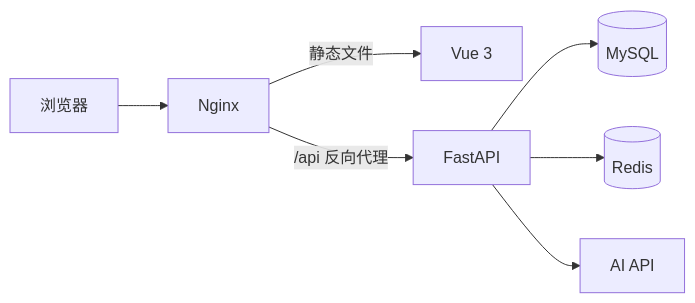
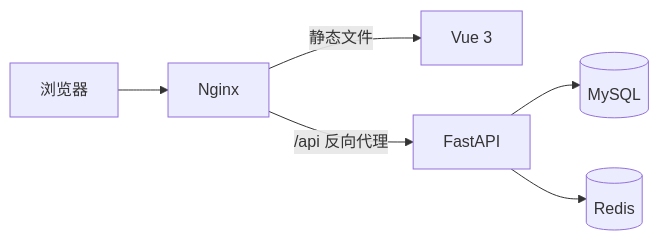
The diagram in README.md (ZuoXing-0504/pythonweb-toutiao_news), drawn with Mermaid before and after one commit. The commit also changed other lines of this file and 19 other files, not shown here.

````diff
--- a/README.md
+++ b/README.md
@@ -14,9 +14,8 @@
 ```mermaid
 flowchart LR
     Browser[浏览器] --> Nginx[Nginx]
     Nginx -->|静态文件| Vue[Vue 3]
     Nginx -->|/api 反向代理| API[FastAPI]
     API --> MySQL[(MySQL)]
     API --> Redis[(Redis)]
-    API --> AI[AI API]
 ```
````
